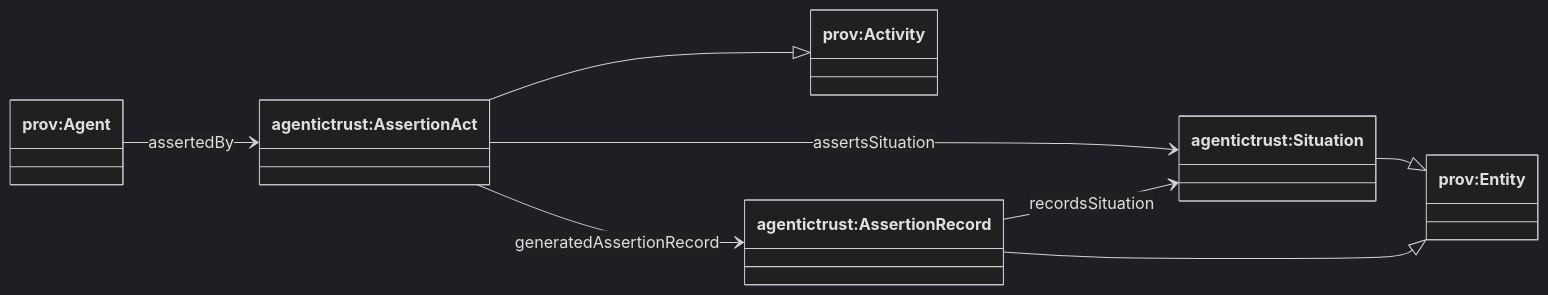
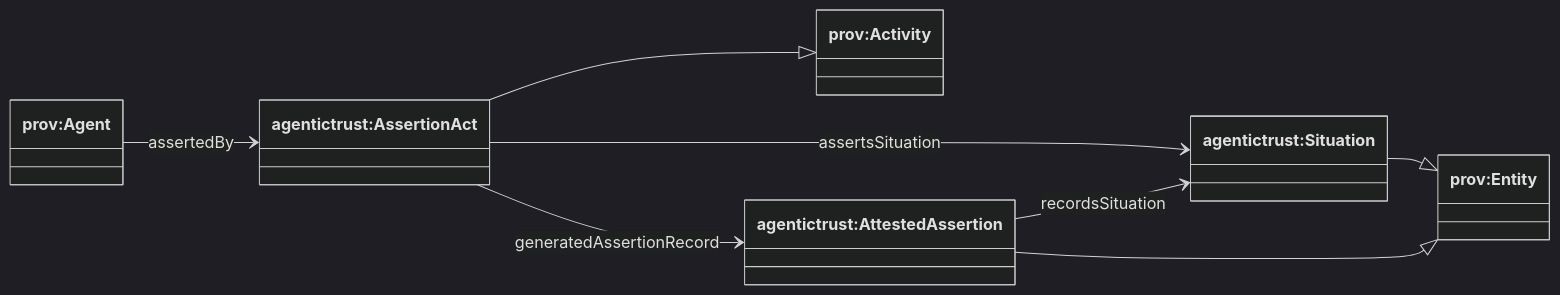
One commit to Agentic-Trust-Layer/agent-explorer changed the first of 3 diagrams in docs/ontology/trust-graph.md. Above: the diagram before and after it, drawn with Mermaid (dark theme). The commit also changed other lines of this file and 5 other files, not shown here.

Commit message:
updated ontology with attested assertion

````diff
--- a/docs/ontology/trust-graph.md
+++ b/docs/ontology/trust-graph.md
@@ -12,21 +12,21 @@
 ```mermaid
 classDiagram
 direction LR
 
 class provEntity["prov:Entity"]
 class provActivity["prov:Activity"]
 class provAgent["prov:Agent"]
 
 class Situation["agentictrust:Situation"]
 class AssertionAct["agentictrust:AssertionAct"]
-class AssertionRecord["agentictrust:AssertionRecord"]
+class AttestedAssertion["agentictrust:AttestedAssertion"]
 
 Situation --|> provEntity
 AssertionAct --|> provActivity
-AssertionRecord --|> provEntity
+AttestedAssertion --|> provEntity
 
 provAgent --> AssertionAct : assertedBy
 AssertionAct --> Situation : assertsSituation
-AssertionAct --> AssertionRecord : generatedAssertionRecord
-AssertionRecord --> Situation : recordsSituation
+AssertionAct --> AttestedAssertion : generatedAssertionRecord
+AttestedAssertion --> Situation : recordsSituation
 ```
````
